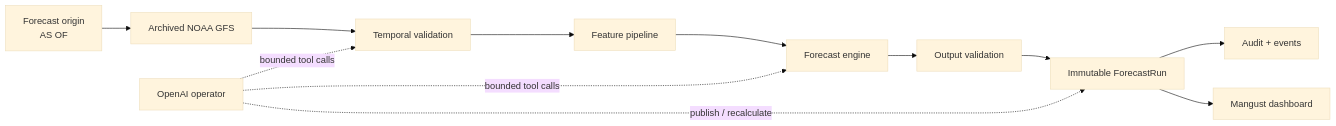
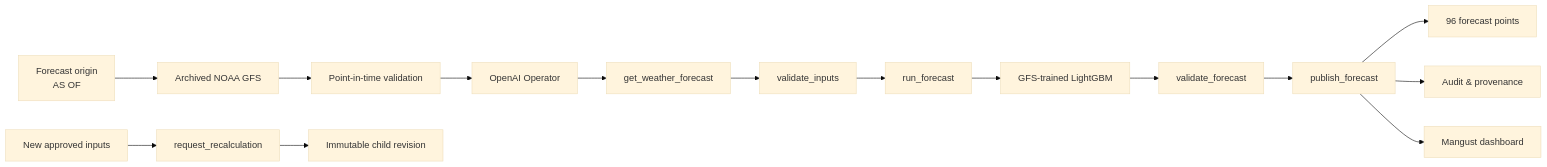
Before and after one commit to BAITC-Hacks/hack-ee5834af-jfn: the diagram in README.md, drawn with Mermaid (base theme). The commit also changed other lines of this file, not shown here.

````diff
--- a/README.md
+++ b/README.md
@@ -48,15 +34,20 @@
 ```mermaid
 flowchart LR
     A["Forecast origin<br/>AS OF"] --> B["Archived NOAA GFS"]
-    B --> C["Temporal validation"]
-    C --> D["Feature pipeline"]
-    D --> E["Forecast engine"]
-    E --> F["Output validation"]
-    F --> G["Immutable ForecastRun"]
-    G --> H["Audit + events"]
-    G --> I["Mangust dashboard"]
+    B --> C["Point-in-time validation"]
+    C --> D["OpenAI Operator"]
 
-    J["OpenAI operator"] -. bounded tool calls .-> C
-    J -. bounded tool calls .-> E
-    J -. publish / recalculate .-> G
+    D --> E["get_weather_forecast"]
+    E --> F["validate_inputs"]
+    F --> G["run_forecast"]
+    G --> H["GFS-trained LightGBM"]
+    H --> I["validate_forecast"]
+    I --> J["publish_forecast"]
+
+    J --> K["96 forecast points"]
+    J --> L["Audit & provenance"]
+    J --> M["Mangust dashboard"]
+
+    N["New approved inputs"] --> O["request_recalculation"]
+    O --> P["Immutable child revision"]
 ```
````
